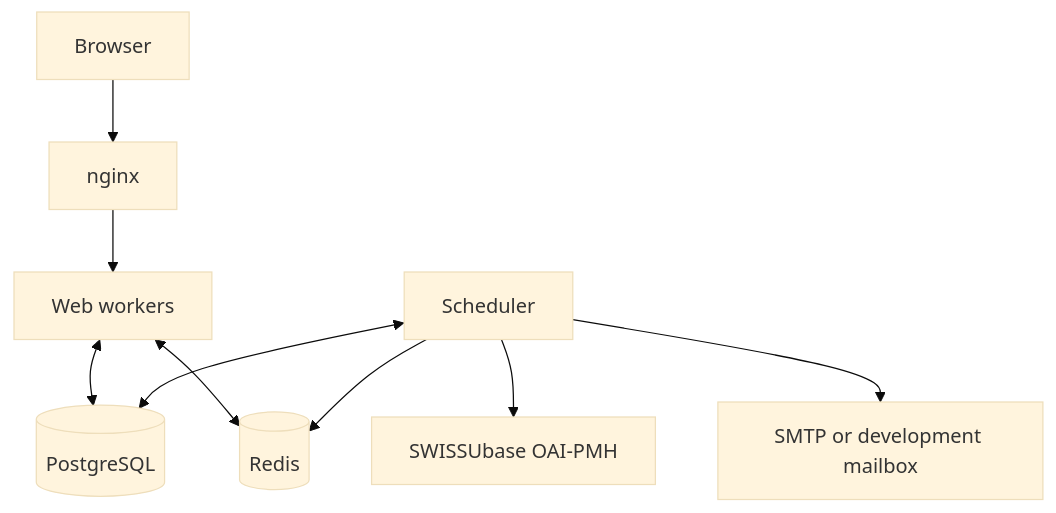
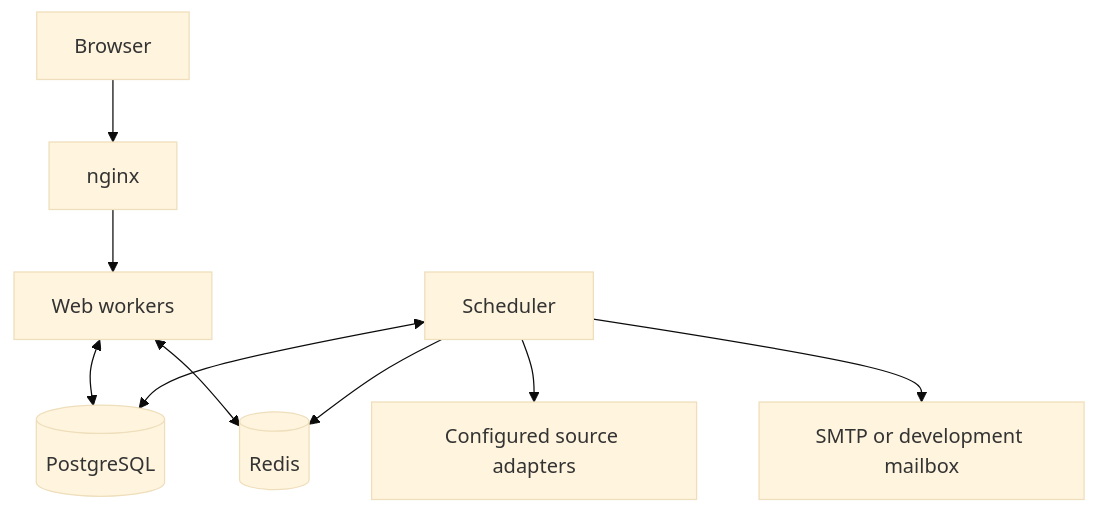
The diagram in docs/architecture/overview.md (CFutter/sec_hum_oralhistarchiv_web_app), drawn with Mermaid (base theme) before and after one commit. The commit also changed other lines of this file and 714 other files, not shown here.

````diff
--- a/docs/architecture/overview.md
+++ b/docs/architecture/overview.md
@@ -7,11 +10,11 @@
 ```mermaid
 flowchart TD
     Browser[Browser] --> Nginx[nginx]
     Nginx --> Web[Web workers]
     Web <--> DB[(PostgreSQL)]
     Scheduler[Scheduler] <--> DB
-    Scheduler --> OAI[SWISSUbase OAI-PMH]
+    Scheduler --> Sources[Configured source adapters]
     Scheduler --> SMTP[SMTP or development mailbox]
     Web <--> Redis[(Redis)]
     Scheduler --> Redis
 ```
````
